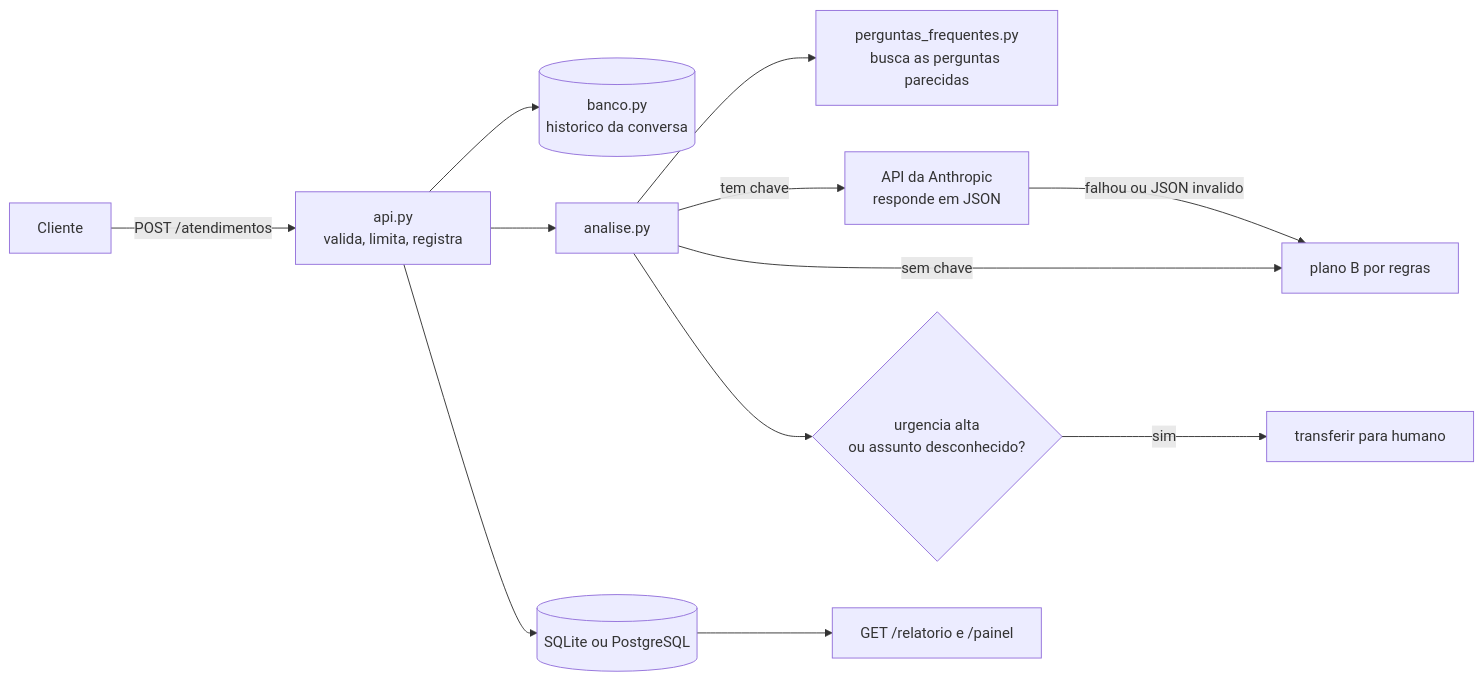
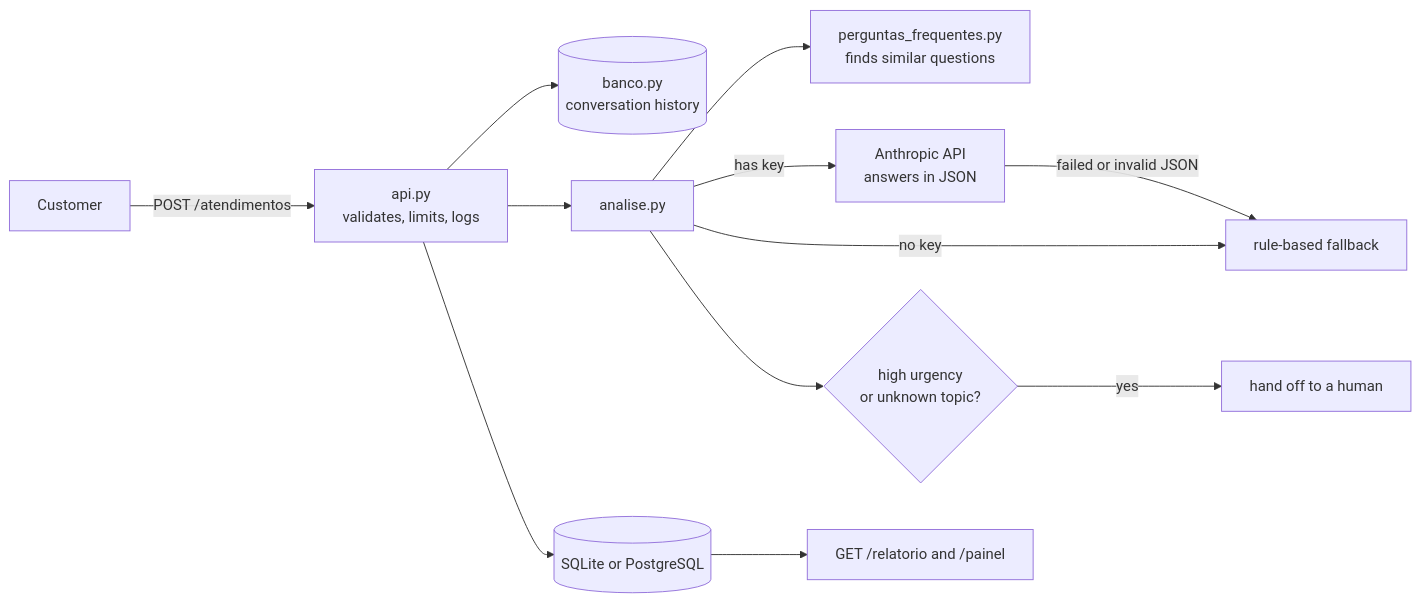
One commit to matheuswilton/Atendente-IA changed the diagram in README.md. Above: the diagram before and after it, drawn with Mermaid. The commit also changed other lines of this file, not shown here.

````diff
--- a/README.md
+++ b/README.md
@@ -20,14 +22,14 @@
 ```mermaid
 flowchart LR
-    Cliente -->|POST /atendimentos| API[api.py<br>valida, limita, registra]
-    API --> Historico[(banco.py<br>historico da conversa)]
-    API --> Analise[analise.py]
-    Analise --> FAQ[perguntas_frequentes.py<br>busca as perguntas parecidas]
-    Analise -->|tem chave| IA[API da Anthropic<br>responde em JSON]
-    IA -->|falhou ou JSON invalido| PlanoB[plano B por regras]
-    Analise -->|sem chave| PlanoB
-    Analise --> Regra{urgencia alta<br>ou assunto desconhecido?}
-    Regra -->|sim| Humano[transferir para humano]
-    API --> Banco[(SQLite ou PostgreSQL)]
-    Banco --> Painel[GET /relatorio e /painel]
+    Customer -->|POST /atendimentos| API[api.py<br>validates, limits, logs]
+    API --> History[(banco.py<br>conversation history)]
+    API --> Analysis[analise.py]
+    Analysis --> FAQ[perguntas_frequentes.py<br>finds similar questions]
+    Analysis -->|has key| AI[Anthropic API<br>answers in JSON]
+    AI -->|failed or invalid JSON| Fallback[rule-based fallback]
+    Analysis -->|no key| Fallback
+    Analysis --> Rule{high urgency<br>or unknown topic?}
+    Rule -->|yes| Human[hand off to a human]
+    API --> DB[(SQLite or PostgreSQL)]
+    DB --> Dashboard[GET /relatorio and /painel]
 ```
````
